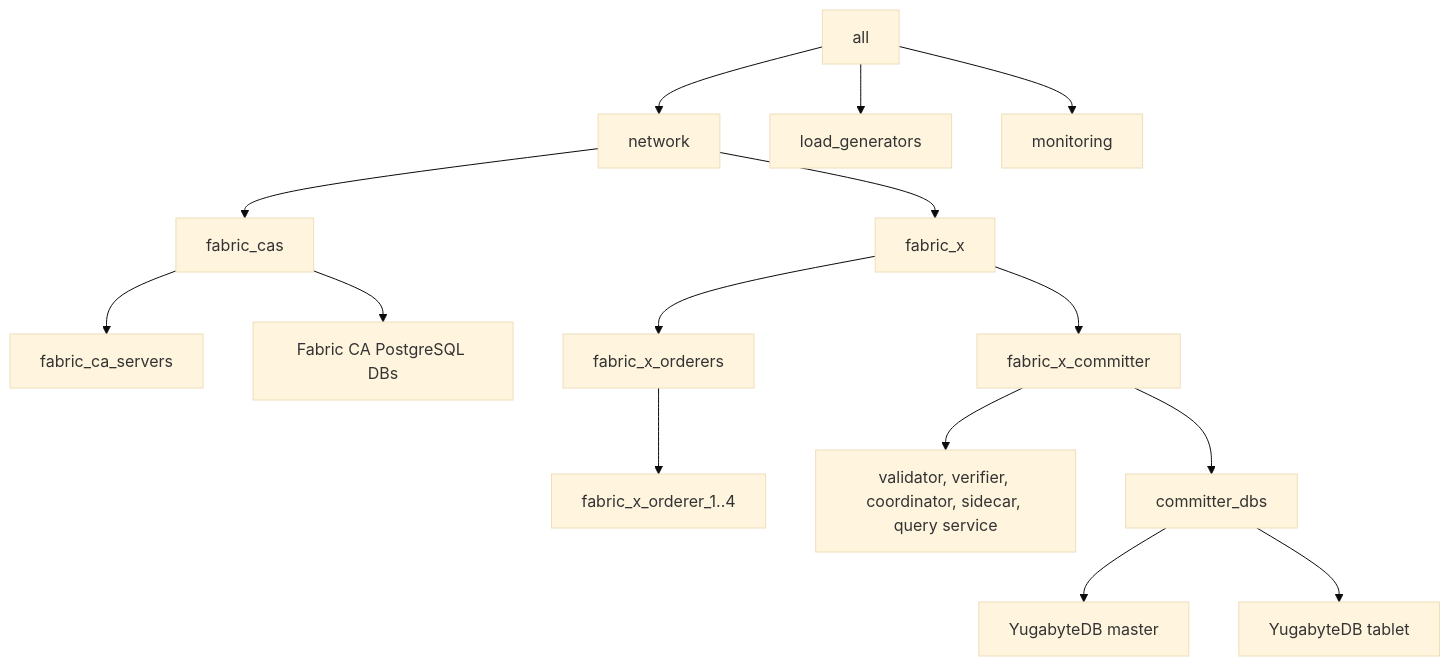
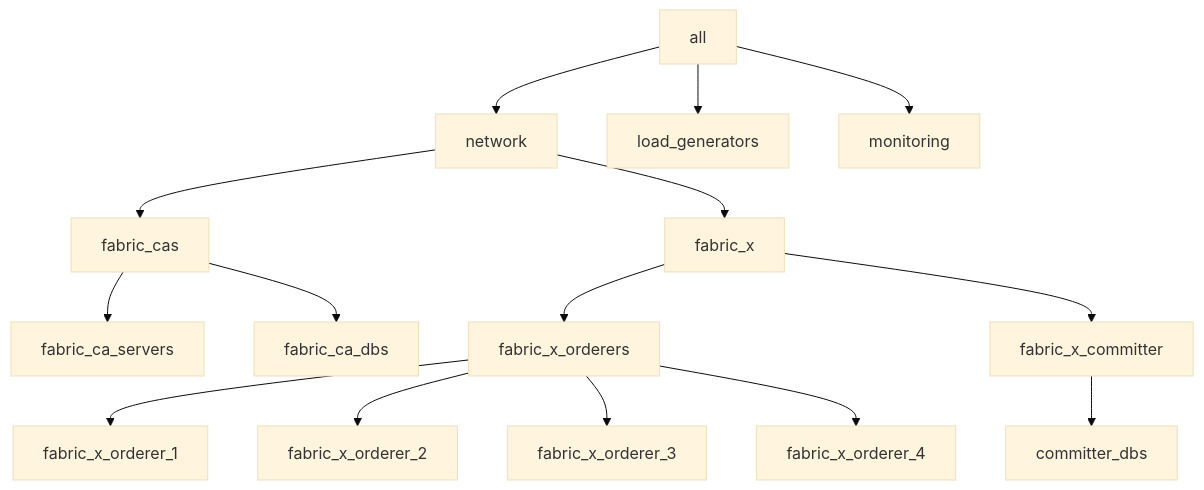
One commit to LF-Decentralized-Trust-labs/fabric-x-ansible-collection changed the diagram in examples/inventory/docs/k8s/fabric-x-yugabyte.md. Above: the diagram before and after it, drawn with Mermaid (base theme). The commit also changed 47 other files, not shown here.

````diff
--- a/examples/inventory/docs/k8s/fabric-x-yugabyte.md
+++ b/examples/inventory/docs/k8s/fabric-x-yugabyte.md
@@ -34,17 +34,17 @@
 ```mermaid
 flowchart TD
   all --> network
   network --> fabric_cas
   network --> fabric_x
   all --> load_generators
   all --> monitoring
   fabric_cas --> fabric_ca_servers
-  fabric_cas --> fabric_ca_dbs["Fabric CA PostgreSQL DBs"]
+  fabric_cas --> fabric_ca_dbs
   fabric_x --> fabric_x_orderers
   fabric_x --> fabric_x_committer
-  fabric_x_orderers --> orderer_groups["fabric_x_orderer_1..4"]
-  fabric_x_committer --> committer_services["validator, verifier, coordinator, sidecar, query service"]
+  fabric_x_orderers --> fabric_x_orderer_1
+  fabric_x_orderers --> fabric_x_orderer_2
+  fabric_x_orderers --> fabric_x_orderer_3
+  fabric_x_orderers --> fabric_x_orderer_4
   fabric_x_committer --> committer_dbs
-  committer_dbs --> yugabyte_master["YugabyteDB master"]
-  committer_dbs --> yugabyte_tablet["YugabyteDB tablet"]
 ```
````
